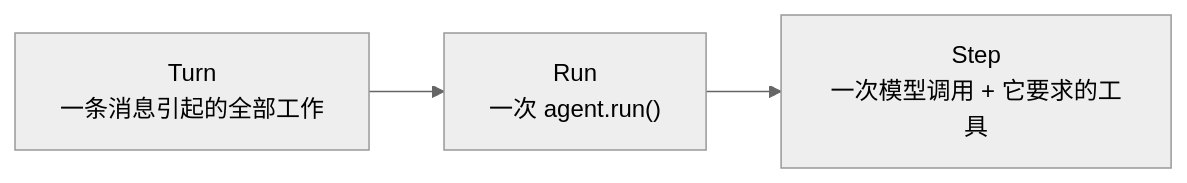
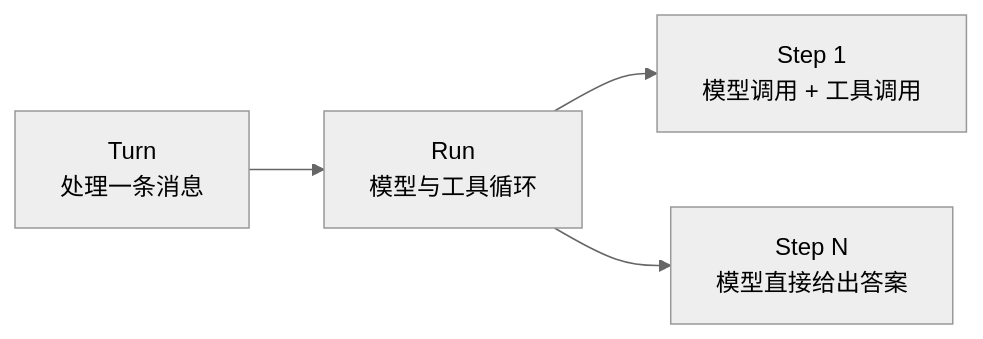
The diagram in website/src/content/docs/zh-cn/docs/concepts/turn.mdx (bubbuild/bub), drawn with Mermaid (neutral theme) before and after one commit. The commit also changed other lines of this file and 74 other files, not shown here.

````diff
--- a/website/src/content/docs/zh-cn/docs/concepts/turn.mdx
+++ b/website/src/content/docs/zh-cn/docs/concepts/turn.mdx
@@ -16,4 +15,6 @@
 ```mermaid
 flowchart LR
-  T["Turn<br/>一条消息引起的全部工作"] --> R["Run<br/>一次 agent.run()"] --> S["Step<br/>一次模型调用 + 它要求的工具"]
+  T["Turn<br/>处理一条消息"] --> R["Run<br/>模型与工具循环"]
+  R --> S1["Step 1<br/>模型调用 + 工具调用"]
+  R --> S2["Step N<br/>模型直接给出答案"]
 ```
````
